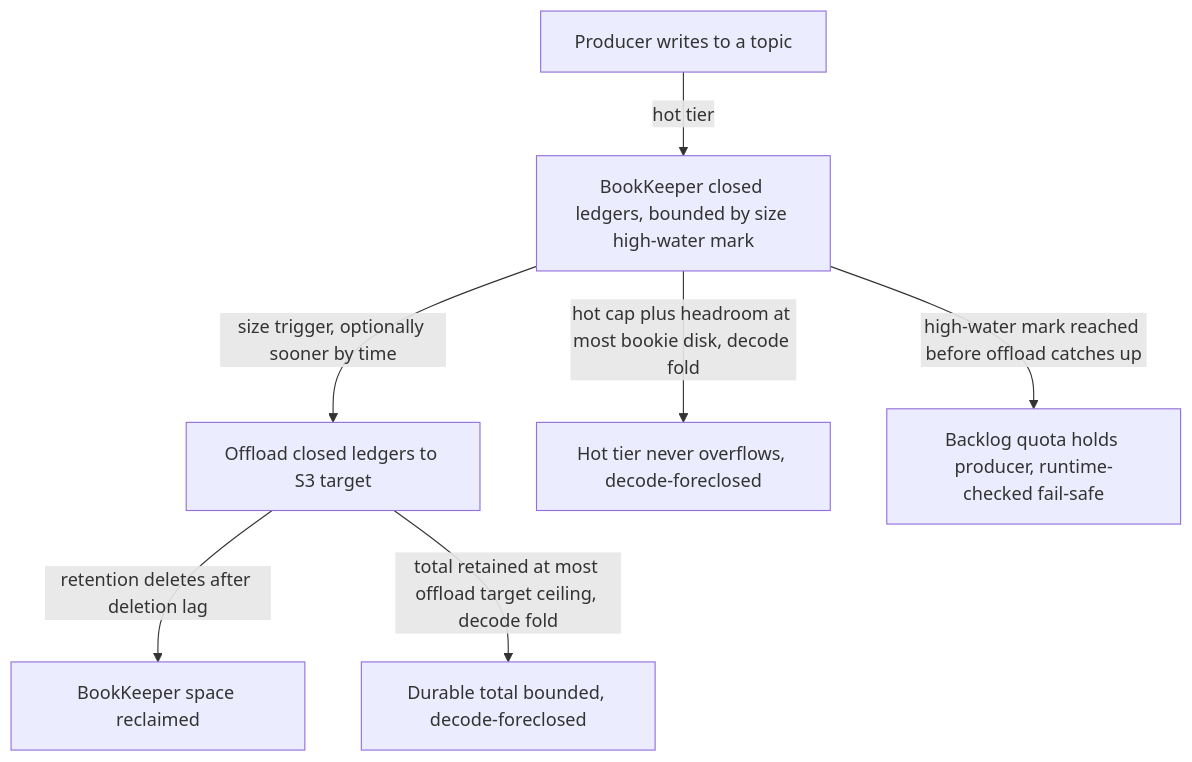
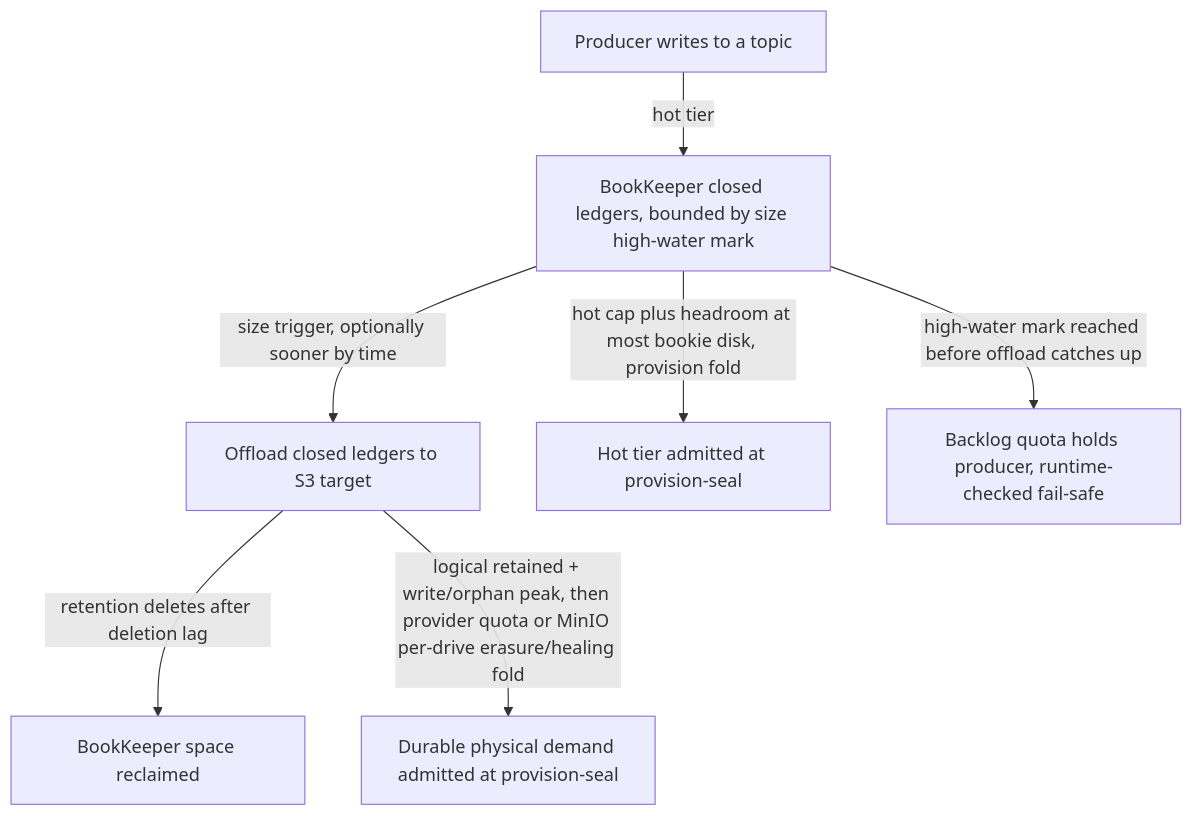
One commit to Tuee22/amoebius changed the fourth of 4 diagrams in documents/engineering/pulsar_client_doctrine.md. Above: the diagram before and after it, drawn with Mermaid. The commit also changed other lines of this file and 87 other files, not shown here.

````diff
--- a/documents/engineering/pulsar_client_doctrine.md
+++ b/documents/engineering/pulsar_client_doctrine.md
@@ -381,9 +406,9 @@
 ```mermaid
 flowchart TD
   produce[Producer writes to a topic] -->|hot tier| bk[BookKeeper closed ledgers, bounded by size high-water mark]
   bk -->|size trigger, optionally sooner by time| offload[Offload closed ledgers to S3 target]
   offload -->|retention deletes after deletion lag| free[BookKeeper space reclaimed]
-  bk -->|hot cap plus headroom at most bookie disk, decode fold| avail[Hot tier never overflows, decode-foreclosed]
-  offload -->|total retained at most offload target ceiling, decode fold| durable[Durable total bounded, decode-foreclosed]
+  bk -->|hot cap plus headroom at most bookie disk, provision fold| avail[Hot tier admitted at provision-seal]
+  offload -->|logical retained + write/orphan peak, then provider quota or MinIO per-drive erasure/healing fold| durable[Durable physical demand admitted at provision-seal]
   bk -->|high-water mark reached before offload catches up| hold[Backlog quota holds producer, runtime-checked fail-safe]
 ```
````
